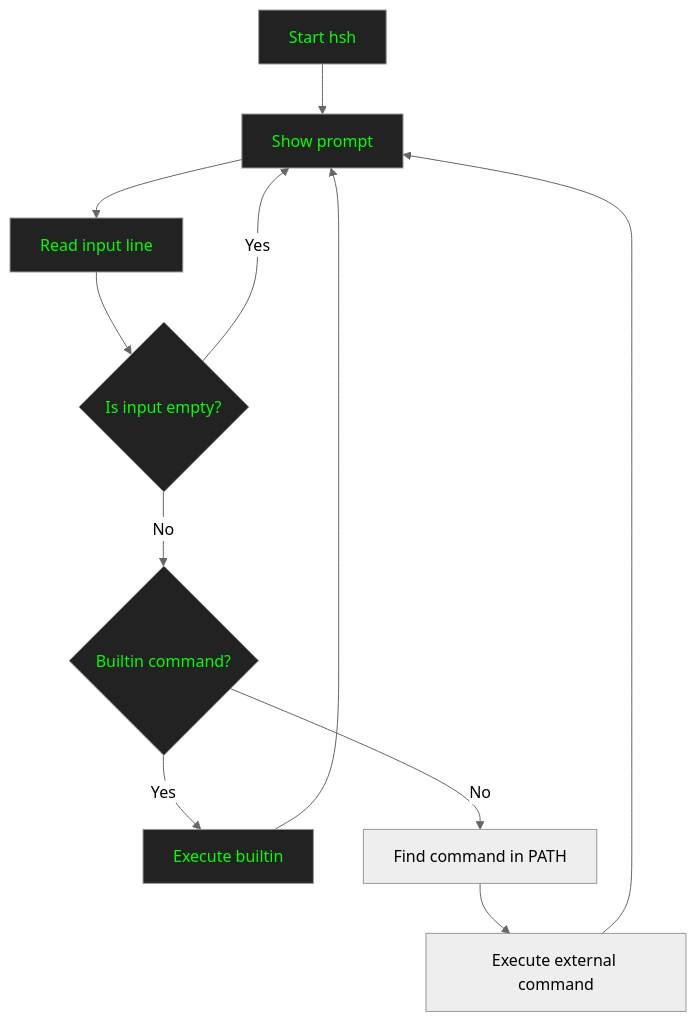
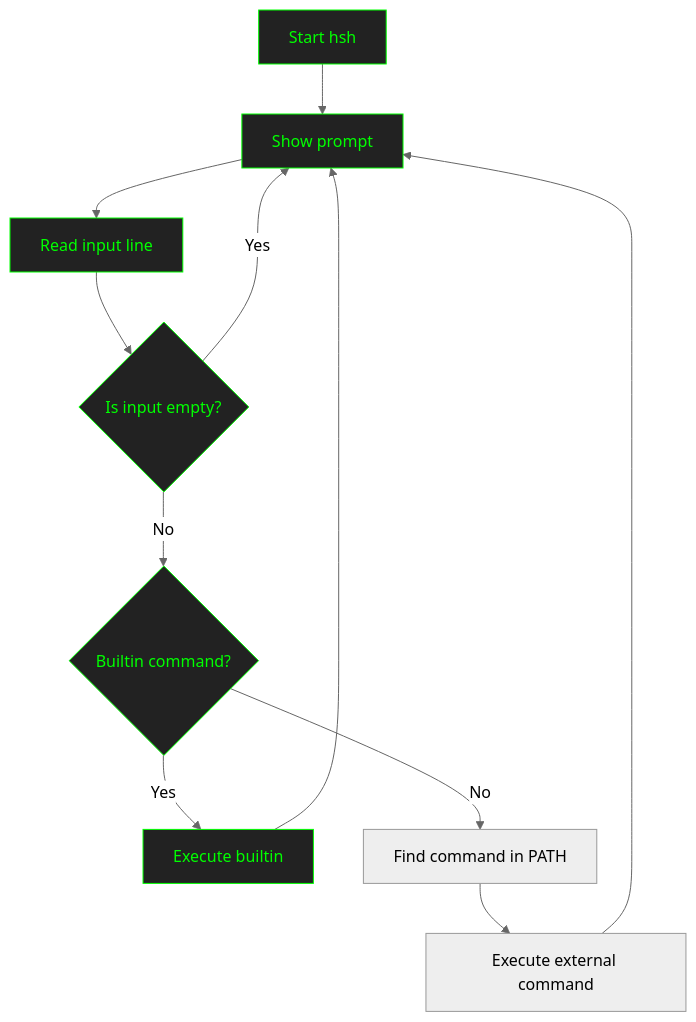
Before and after one commit to SelenaGomez18/holbertonschool-simple_shell: the diagram in README.md, drawn with Mermaid (neutral theme).

Commit message:
Add changes to README, change letter to flowchart

````diff
--- a/README.md
+++ b/README.md
@@ -123,22 +123,19 @@
 ```mermaid
 
 flowchart TD
 
     A[Start hsh] --> B[Show prompt]
     B --> C[Read input line]
     C --> D{Is input empty?}
     D -- Yes --> B
     D -- No --> E{Builtin command?}
     E -- Yes --> F[Execute builtin]
     E -- No --> G[Find command in PATH]
     G --> H[Execute external command]
     F --> B
     H --> B
 
-    style A fill:#222,color:#00ff00
-    style B fill:#222,color:#00ff00
-    style C fill:#222,color:#00ff00
-    style D fill:#222,color:#00ff00
-    style E fill:#222,color:#00ff00
-    style F fill:#222,color:#00ff00
+    classDef shellStyle fill:#222,color:#00ff00,stroke:#00ff00;
+
+    class A,B,C,D,E,F shellStyle;
 ```
````
